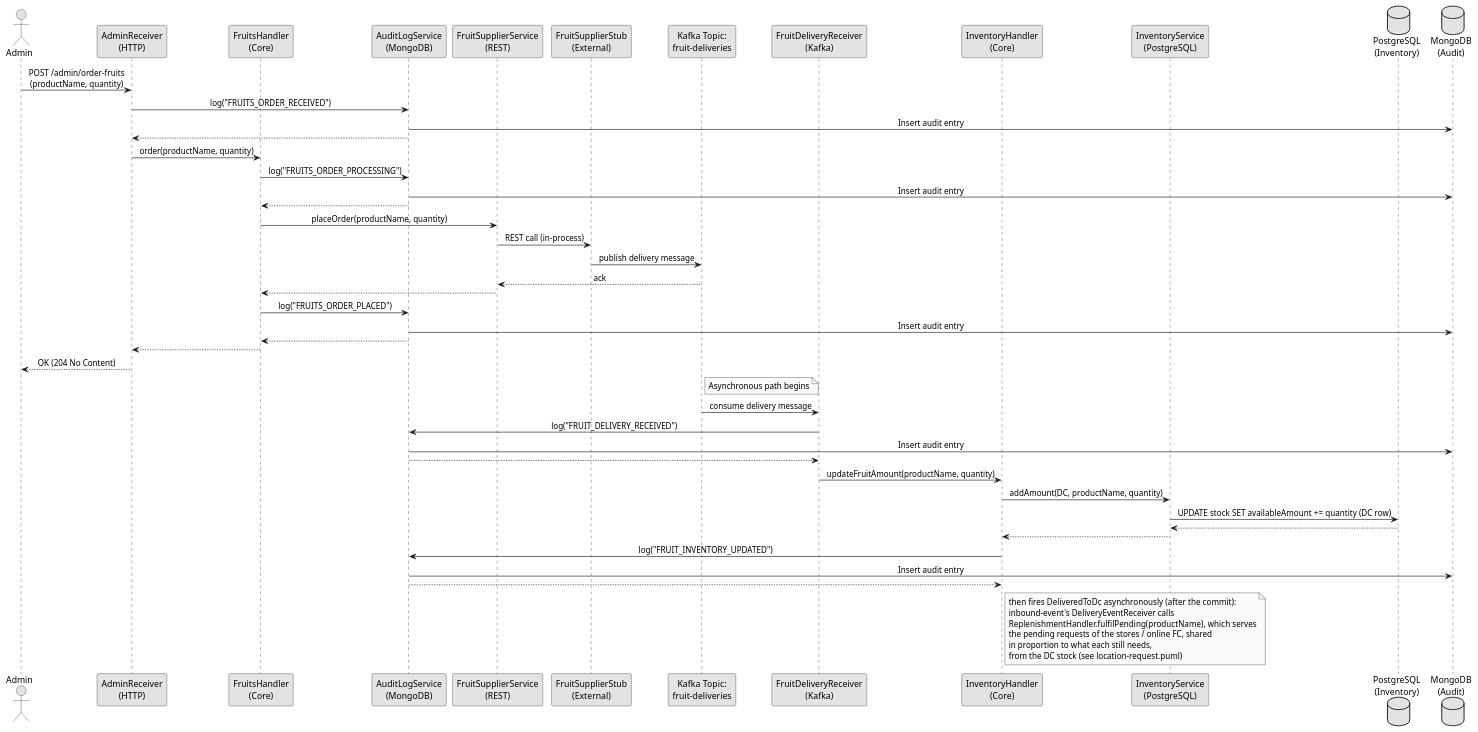
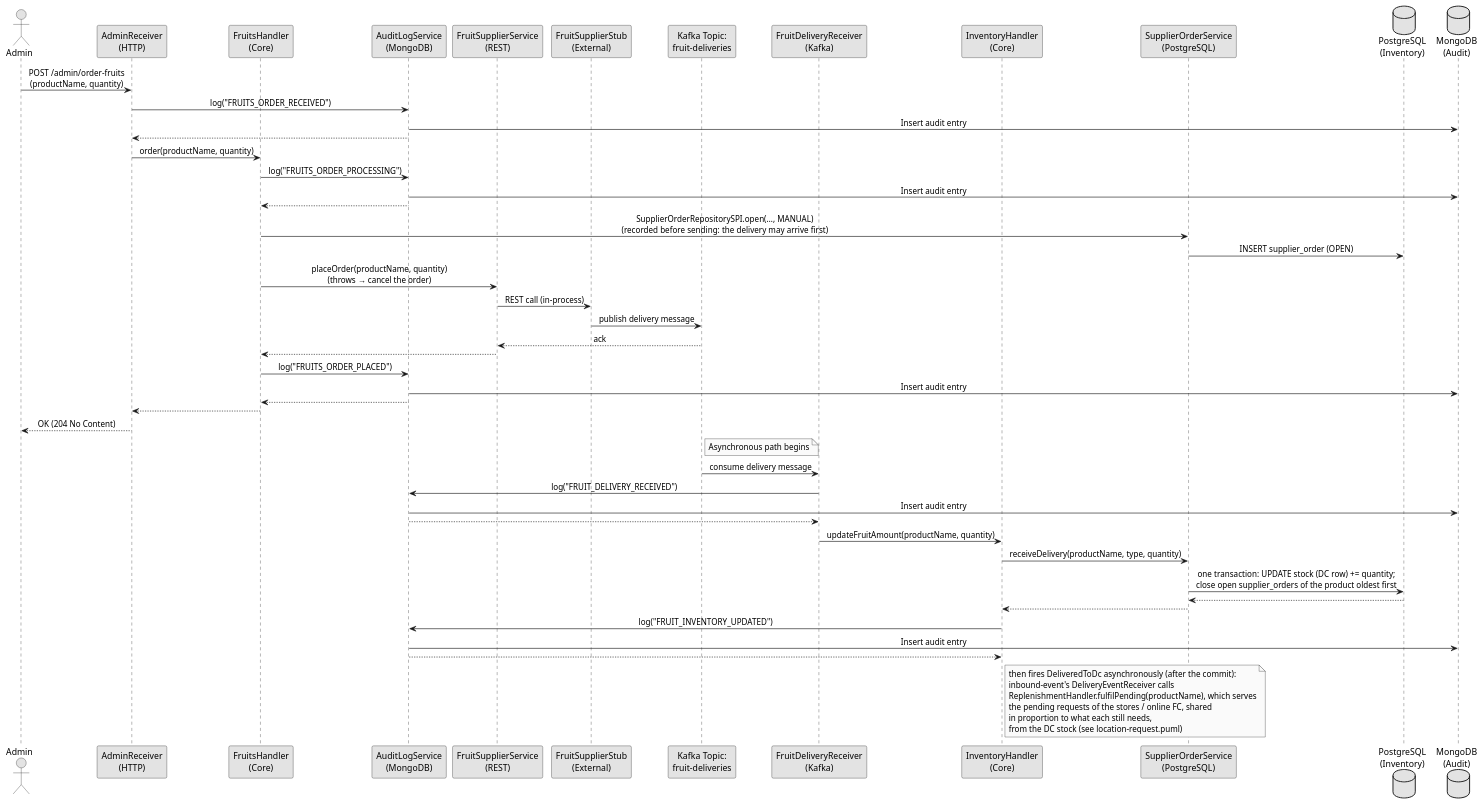
The diagram in docs/architecture/flows/admin-order-fruits.puml (svene/2026-07-26_quarkus-hexagon-demo-mm-per-tech), drawn with PlantUML before and after one commit. The commit also changed 59 other files, not shown here.

```diff
--- a/docs/architecture/flows/admin-order-fruits.puml
+++ b/docs/architecture/flows/admin-order-fruits.puml
@@ -1,63 +1,65 @@
 @startuml admin_order_fruits
 skinparam monochrome true
 skinparam sequenceMessageAlign center
 skinparam backgroundColor #ffffff
 
 actor "Admin" as user
 participant "AdminReceiver\n(HTTP)" as receiver
 participant "FruitsHandler\n(Core)" as handler
 participant "AuditLogService\n(MongoDB)" as audit
 participant "FruitSupplierService\n(REST)" as service
 participant "FruitSupplierStub\n(External)" as stub
 participant "Kafka Topic:\nfruit-deliveries" as kafka_out
 participant "FruitDeliveryReceiver\n(Kafka)" as kafka_receiver
 participant "InventoryHandler\n(Core)" as inv_handler
-participant "InventoryService\n(PostgreSQL)" as inventory
+participant "SupplierOrderService\n(PostgreSQL)" as inventory
 database "PostgreSQL\n(Inventory)" as db_inv
 database "MongoDB\n(Audit)" as db_audit
 
 user -> receiver: POST /admin/order-fruits\n(productName, quantity)
 receiver -> audit: log("FRUITS_ORDER_RECEIVED")
 audit -> db_audit: Insert audit entry
 audit --> receiver
 receiver -> handler: order(productName, quantity)
 handler -> audit: log("FRUITS_ORDER_PROCESSING")
 audit -> db_audit: Insert audit entry
 audit --> handler
-handler -> service: placeOrder(productName, quantity)
+handler -> inventory: SupplierOrderRepositorySPI.open(…, MANUAL)\n(recorded before sending: the delivery may arrive first)
+inventory -> db_inv: INSERT supplier_order (OPEN)
+handler -> service: placeOrder(productName, quantity)\n(throws → cancel the order)
 service -> stub: REST call (in-process)
 stub -> kafka_out: publish delivery message
 kafka_out --> service: ack
 service --> handler
 handler -> audit: log("FRUITS_ORDER_PLACED")
 audit -> db_audit: Insert audit entry
 audit --> handler
 handler --> receiver
 receiver --> user: OK (204 No Content)
 
 note right of kafka_out
   Asynchronous path begins
 end note
 
 kafka_out -> kafka_receiver: consume delivery message
 kafka_receiver -> audit: log("FRUIT_DELIVERY_RECEIVED")
 audit -> db_audit: Insert audit entry
 audit --> kafka_receiver
 kafka_receiver -> inv_handler: updateFruitAmount(productName, quantity)
-inv_handler -> inventory: addAmount(DC, productName, quantity)
-inventory -> db_inv: UPDATE stock SET availableAmount += quantity (DC row)
+inv_handler -> inventory: receiveDelivery(productName, type, quantity)
+inventory -> db_inv: one transaction: UPDATE stock (DC row) += quantity;\nclose open supplier_orders of the product oldest first
 db_inv --> inventory
 inventory --> inv_handler
 inv_handler -> audit: log("FRUIT_INVENTORY_UPDATED")
 audit -> db_audit: Insert audit entry
 audit --> inv_handler
 note right of inv_handler
   then fires DeliveredToDc asynchronously (after the commit):
   inbound-event's DeliveryEventReceiver calls
   ReplenishmentHandler.fulfilPending(productName), which serves
   the pending requests of the stores / online FC, shared
   in proportion to what each still needs,
   from the DC stock (see location-request.puml)
 end note
 
 @enduml
```
